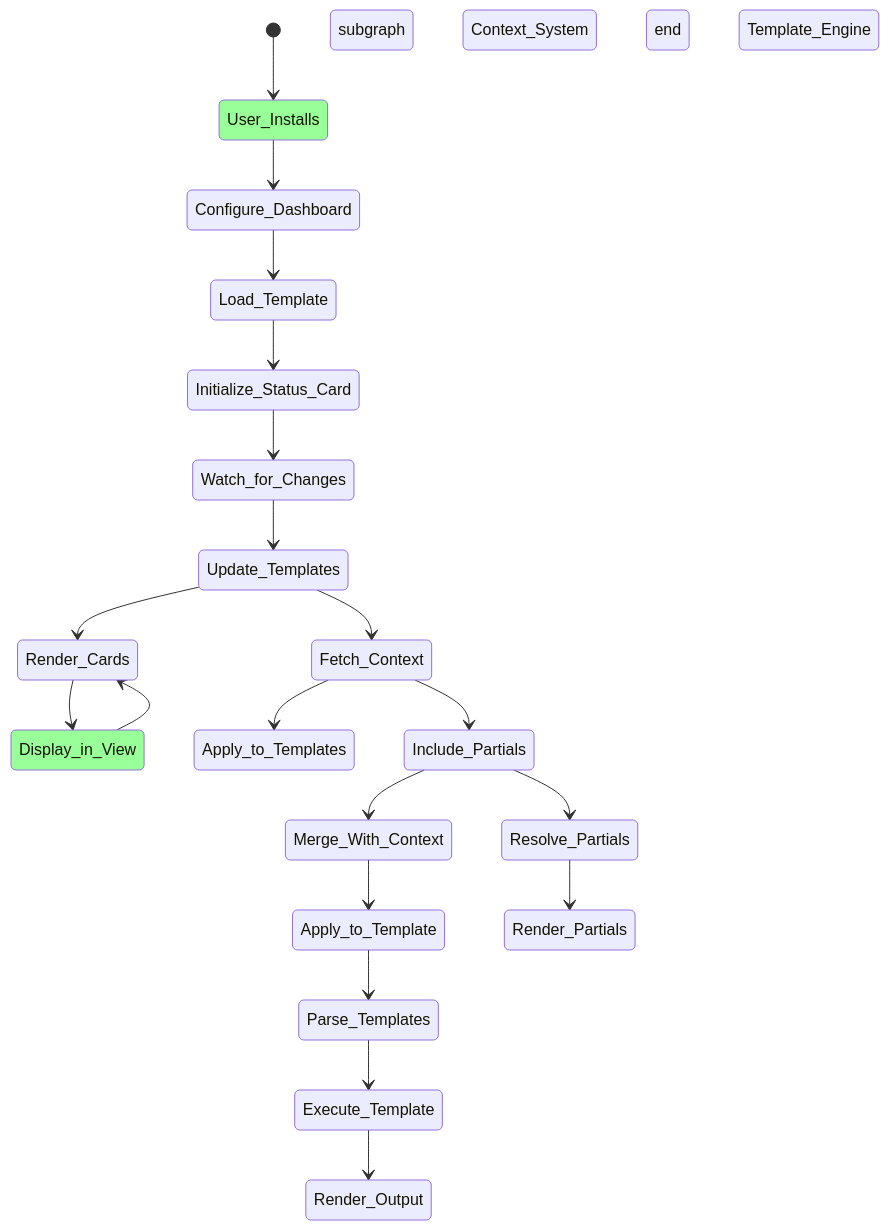
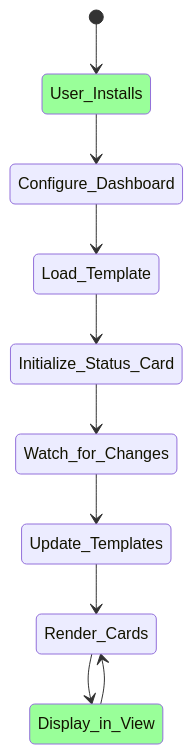
Before and after one commit to daredoes/linked-lovelace-ui: diagram 16 of 19 in docs_site/project-history.md, drawn with Mermaid. The commit also changed other lines of this file and 1 other file, not shown here.

First line of the commit message:
Fix Mermaid diagram syntax errors in documentation

````diff
--- a/docs_site/project-history.md
+++ b/docs_site/project-history.md
@@ -604,36 +587,15 @@
 ```mermaid
 stateDiagram-v2
     [*] --> User_Installs
     User_Installs --> Configure_Dashboard
     Configure_Dashboard --> Load_Template
     Load_Template --> Initialize_Status_Card
-    
     Initialize_Status_Card --> Watch_for_Changes
     Watch_for_Changes --> Update_Templates
     Update_Templates --> Render_Cards
     Render_Cards --> Display_in_View
-    
     Display_in_View --> Render_Cards
-    
-    subgraph Context_System
-        Update_Templates --> Fetch_Context
-        Fetch_Context --> Apply_to_Templates
-        
-        Fetch_Context --> Include_Partials
-        Include_Partials --> Merge_With_Context
-        
-        Merge_With_Context --> Apply_to_Template
-    end
-    
-    subgraph Template_Engine
-        Apply_to_Template --> Parse_Templates
-        Parse_Templates --> Execute_Template
-        Execute_Template --> Render_Output
-        
-        Include_Partials --> Resolve_Partials
-        Resolve_Partials --> Render_Partials
-    end
     
     style User_Installs fill:#9f9
     style Display_in_View fill:#9f9
 ```
````
